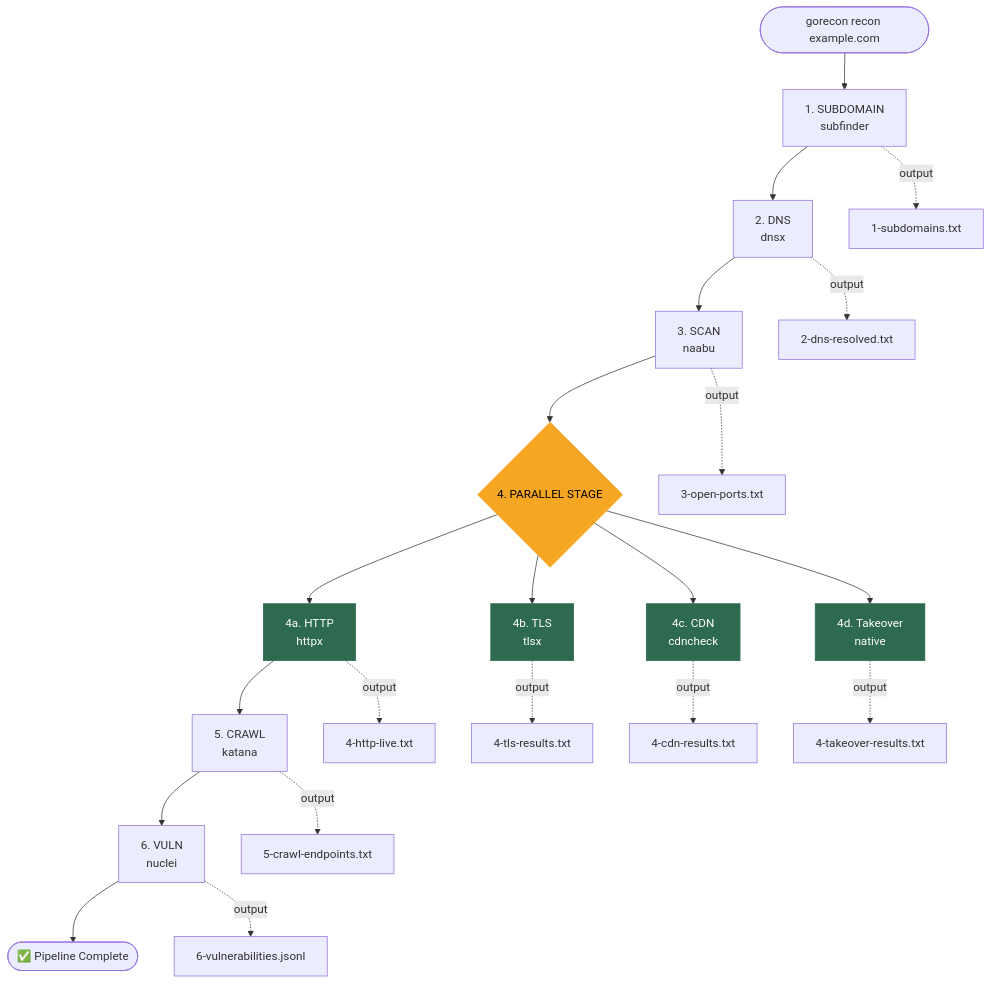
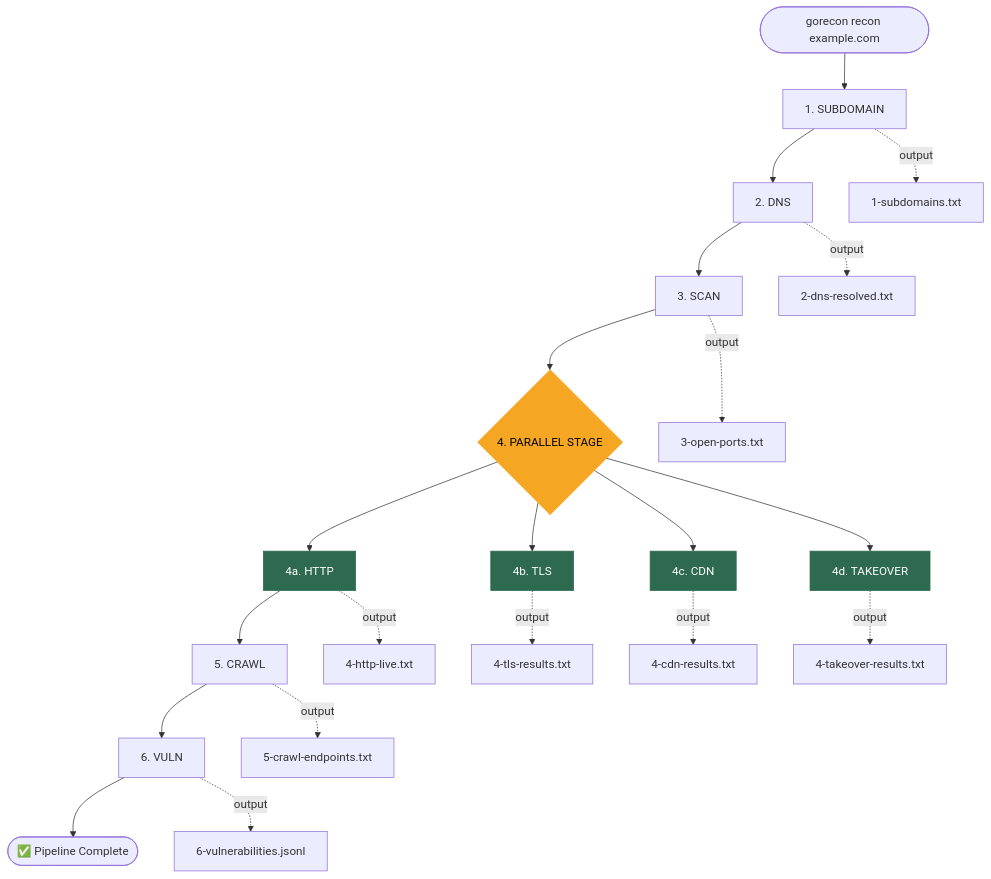
The third of 19 diagrams in README.md (Linuxhackingid-official/Gorecon), drawn with Mermaid before and after one commit. The commit also changed other lines of this file, not shown here.

Commit message:
fix: Layout flowchart TD + subgraph direction LR

````diff
--- a/README.md
+++ b/README.md
@@ -118,40 +118,40 @@
 ```mermaid
 flowchart TD
     START(["gorecon recon example.com"]) --> S1
 
-    S1["1. SUBDOMAIN<br/>subfinder"] --> S2
+    S1["1. SUBDOMAIN"] --> S2
     S1 -.-> |"output"| F1["1-subdomains.txt"]
 
-    S2["2. DNS<br/>dnsx"] --> S3
+    S2["2. DNS"] --> S3
     S2 -.-> |"output"| F2["2-dns-resolved.txt"]
 
-    S3["3. SCAN<br/>naabu"] --> S4
+    S3["3. SCAN"] --> S4
 
     S3 -.-> |"output"| F3["3-open-ports.txt"]
 
     S4{"4. PARALLEL STAGE"} --> S4A
     S4 --> S4B
     S4 --> S4C
     S4 --> S4D
 
-    S4A["4a. HTTP<br/>httpx"] --> S5
+    S4A["4a. HTTP"] --> S5
     S4A -.-> |"output"| F4A["4-http-live.txt"]
 
-    S4B["4b. TLS<br/>tlsx"] -.-> |"output"| F4B["4-tls-results.txt"]
-    S4C["4c. CDN<br/>cdncheck"] -.-> |"output"| F4C["4-cdn-results.txt"]
-    S4D["4d. Takeover<br/>native"] -.-> |"output"| F4D["4-takeover-results.txt"]
+    S4B["4b. TLS"] -.-> |"output"| F4B["4-tls-results.txt"]
+    S4C["4c. CDN"] -.-> |"output"| F4C["4-cdn-results.txt"]
+    S4D["4d. TAKEOVER"] -.-> |"output"| F4D["4-takeover-results.txt"]
 
-    S5["5. CRAWL<br/>katana"] --> S6
+    S5["5. CRAWL"] --> S6
     S5 -.-> |"output"| F5["5-crawl-endpoints.txt"]
 
-    S6["6. VULN<br/>nuclei"] --> DONE
+    S6["6. VULN"] --> DONE
     S6 -.-> |"output"| F6["6-vulnerabilities.jsonl"]
 
     DONE(["✅ Pipeline Complete"])
 
     style S4 fill:#f5a623,stroke:#f5a623,color:#000
     style S4A fill:#2d6a4f,stroke:#2d6a4f,color:#fff
     style S4B fill:#2d6a4f,stroke:#2d6a4f,color:#fff
     style S4C fill:#2d6a4f,stroke:#2d6a4f,color:#fff
     style S4D fill:#2d6a4f,stroke:#2d6a4f,color:#fff
 ```
````
